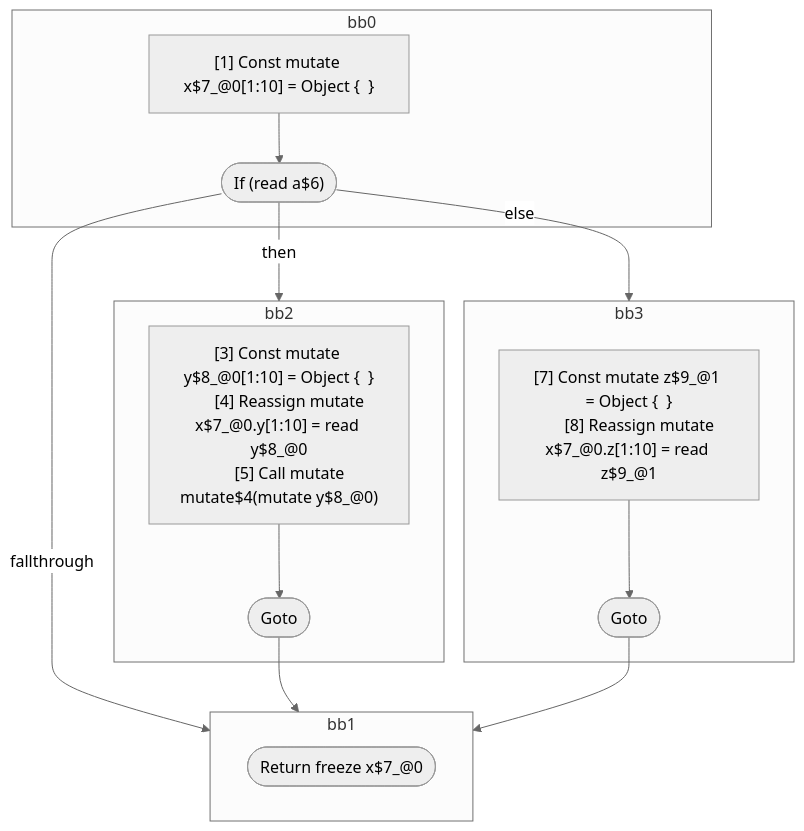
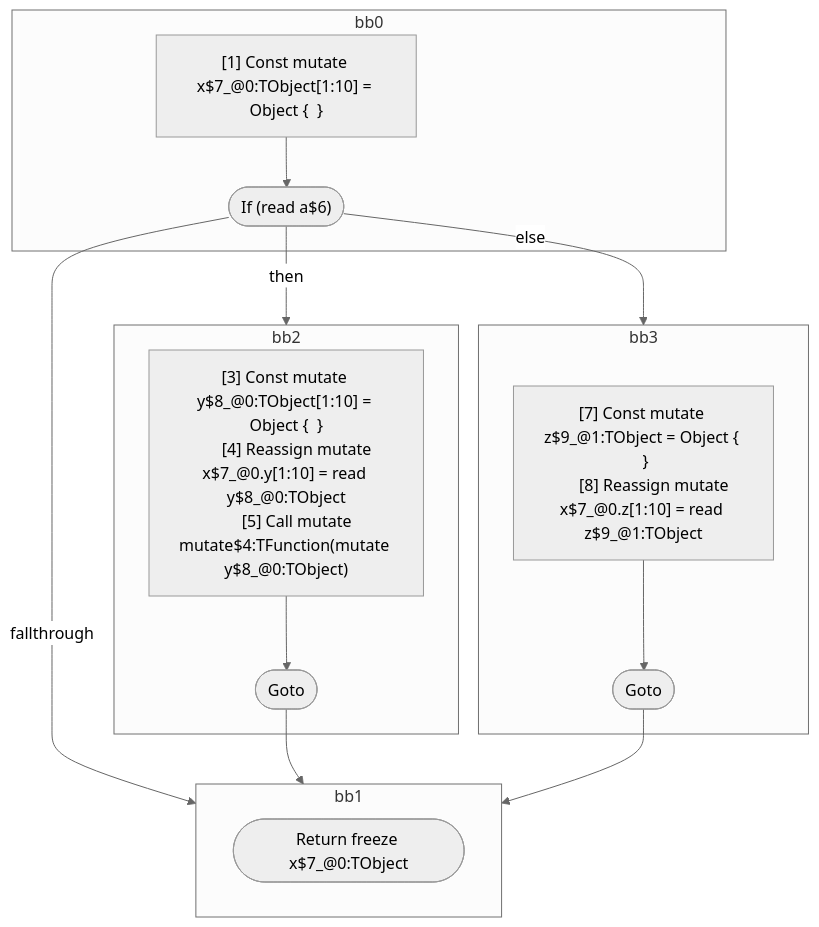
One commit to wutsmog/private changed the diagram in compiler/forget/src/__tests__/fixtures/hir/ssa-property-alias-mutate-inside-if.expect.md. Above: the diagram before and after it, drawn with Mermaid (neutral theme). The commit also changed other lines of this file and 112 other files, not shown here.

````diff
--- a/compiler/forget/src/__tests__/fixtures/hir/ssa-property-alias-mutate-inside-if.expect.md
+++ b/compiler/forget/src/__tests__/fixtures/hir/ssa-property-alias-mutate-inside-if.expect.md
@@ -72,36 +72,36 @@
 ```mermaid
 flowchart TB
   %% Basic Blocks
   subgraph bb0
     bb0_instrs["
-      [1] Const mutate x$7_@0[1:10] = Object {  }
+      [1] Const mutate x$7_@0:TObject[1:10] = Object {  }
     "]
     bb0_instrs --> bb0_terminal(["If (read a$6)"])
   end
   subgraph bb2
     bb2_instrs["
-      [3] Const mutate y$8_@0[1:10] = Object {  }
-      [4] Reassign mutate x$7_@0.y[1:10] = read y$8_@0
-      [5] Call mutate mutate$4(mutate y$8_@0)
+      [3] Const mutate y$8_@0:TObject[1:10] = Object {  }
+      [4] Reassign mutate x$7_@0.y[1:10] = read y$8_@0:TObject
+      [5] Call mutate mutate$4:TFunction(mutate y$8_@0:TObject)
     "]
     bb2_instrs --> bb2_terminal(["Goto"])
   end
   subgraph bb3
     bb3_instrs["
-      [7] Const mutate z$9_@1 = Object {  }
-      [8] Reassign mutate x$7_@0.z[1:10] = read z$9_@1
+      [7] Const mutate z$9_@1:TObject = Object {  }
+      [8] Reassign mutate x$7_@0.z[1:10] = read z$9_@1:TObject
     "]
     bb3_instrs --> bb3_terminal(["Goto"])
   end
   subgraph bb1
-    bb1_terminal(["Return freeze x$7_@0"])
+    bb1_terminal(["Return freeze x$7_@0:TObject"])
   end
 
   %% Jumps
   bb0_terminal -- "then" --> bb2
   bb0_terminal -- "else" --> bb3
   bb0_terminal -- "fallthrough" --> bb1
   bb2_terminal --> bb1
   bb3_terminal --> bb1
 
 ```
````
